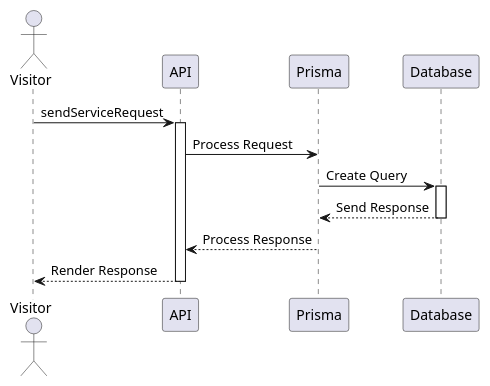
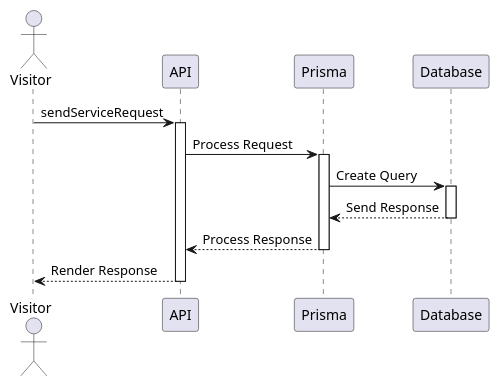
One commit to GutterneTheBois/smagen-af-oel changed the first of 3 diagrams in Documentation/Diagrams/sequence.puml. Above: the diagram before and after it, drawn with PlantUML. The commit also changed other lines of this file and 3 other files, not shown here.

Commit message:
demo video uploaded and diagrams changed

```diff
--- a/Documentation/Diagrams/sequence.puml
+++ b/Documentation/Diagrams/sequence.puml
@@ -1,25 +1,26 @@
 @startuml API
 actor Visitor
 
 participant "API" as A
 participant "Prisma" as P
 participant "Database" as D
 
 Visitor -> A: sendServiceRequest
 activate A
 
 A -> P: Process Request
+activate P
 
 P -> D: Create Query
 activate D
 
 D --> P: Send Response
 deactivate D
 
 P --> A: Process Response
 deactivate P
 
 A --> Visitor: Render Response
 deactivate A
 
 @enduml
```
